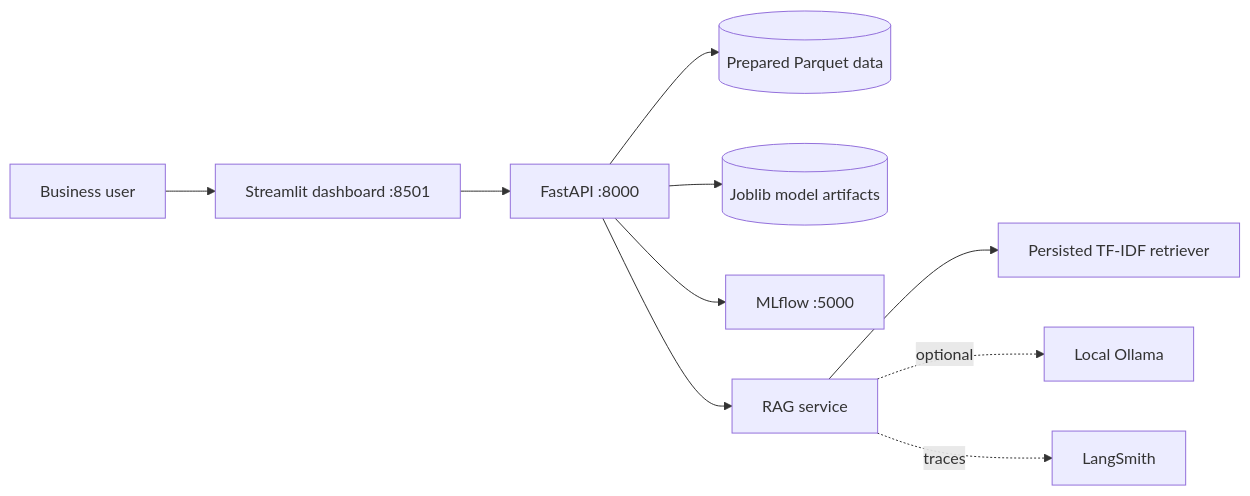
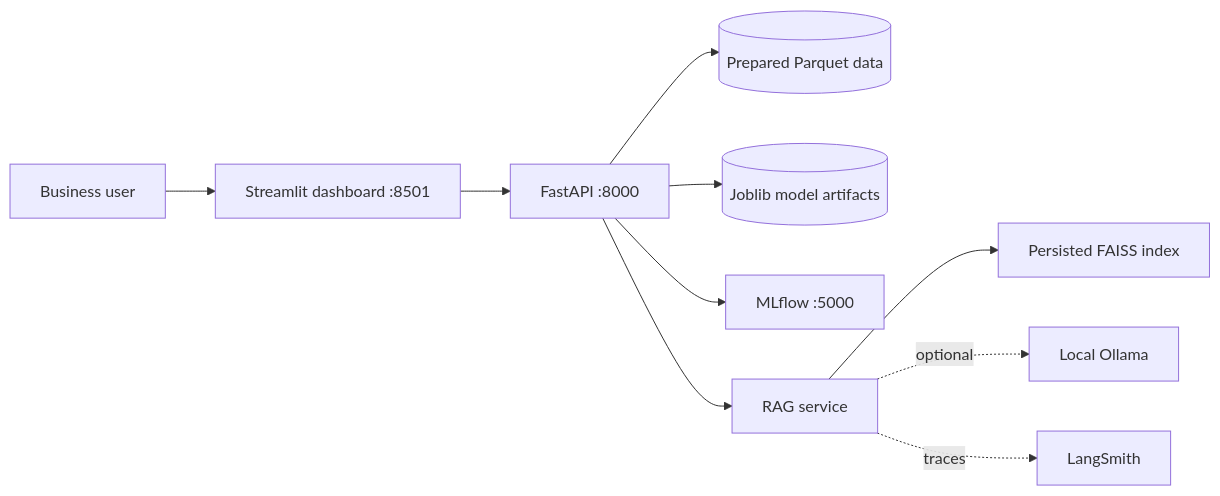
One commit to Niranjana2599/AI-Commerce-Analytics-Platform changed the first of 9 diagrams in docs/02_System_Architecture.md. Above: the diagram before and after it, drawn with Mermaid. The commit also changed other lines of this file and 8 other files, not shown here.

````diff
--- a/docs/02_System_Architecture.md
+++ b/docs/02_System_Architecture.md
@@ -5,12 +5,12 @@
 ```mermaid
 flowchart LR
   User[Business user] --> UI[Streamlit dashboard :8501]
   UI --> API[FastAPI :8000]
   API --> Data[(Prepared Parquet data)]
   API --> Models[(Joblib model artifacts)]
   API --> MLflow[MLflow :5000]
   API --> RAG[RAG service]
-  RAG --> Retriever[Persisted TF-IDF retriever]
+  RAG --> Retriever[Persisted FAISS index]
   RAG -. optional .-> Ollama[Local Ollama]
   RAG -. traces .-> LangSmith[LangSmith]
 ```
````
